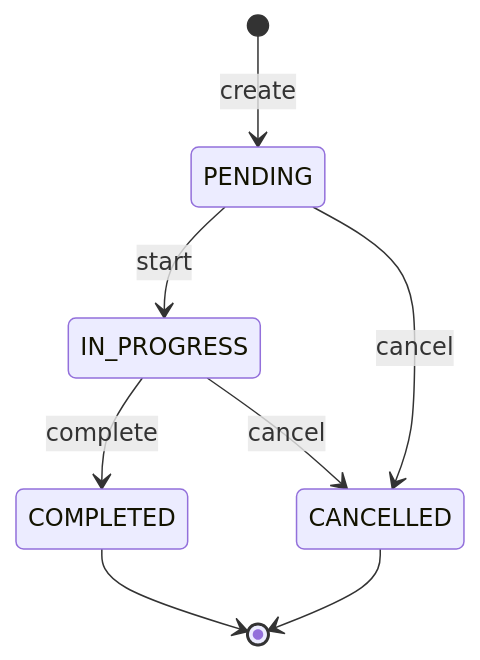
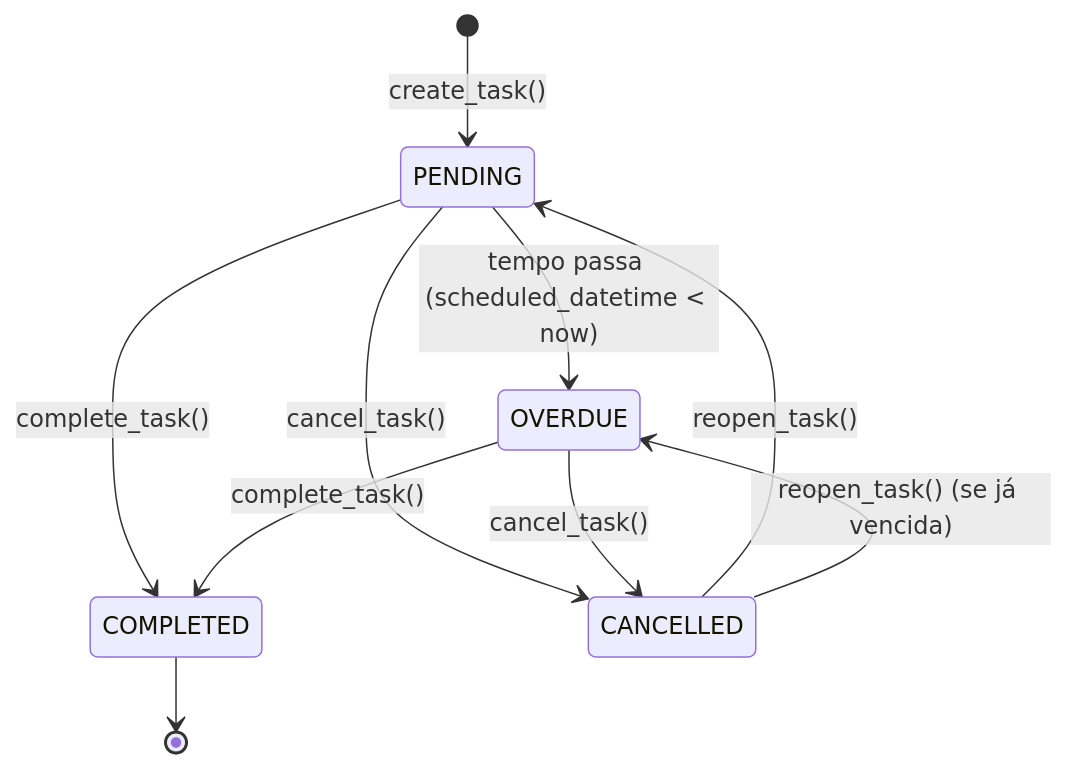
One commit to fabiodelllima/atomvs-timeblock-terminal changed the diagram in docs/diagrams/states/task-lifecycle.md. Above: the diagram before and after it, drawn with Mermaid. The commit also changed other lines of this file, not shown here.

Commit message:
docs(diagrams): Reescreve task-lifecycle com status derivado

````diff
--- a/docs/diagrams/states/task-lifecycle.md
+++ b/docs/diagrams/states/task-lifecycle.md
@@ -3,10 +6,16 @@
 ```mermaid
 stateDiagram-v2
-    [*] --> PENDING: create
-    PENDING --> IN_PROGRESS: start
-    PENDING --> CANCELLED: cancel
-    IN_PROGRESS --> COMPLETED: complete
-    IN_PROGRESS --> CANCELLED: cancel
+    [*] --> PENDING: create_task()
+
+    PENDING --> OVERDUE: tempo passa (scheduled_datetime < now)
+    PENDING --> COMPLETED: complete_task()
+    PENDING --> CANCELLED: cancel_task()
+
+    OVERDUE --> COMPLETED: complete_task()
+    OVERDUE --> CANCELLED: cancel_task()
+
+    CANCELLED --> PENDING: reopen_task()
+    CANCELLED --> OVERDUE: reopen_task() (se já vencida)
+
     COMPLETED --> [*]
-    CANCELLED --> [*]
 ```
````
